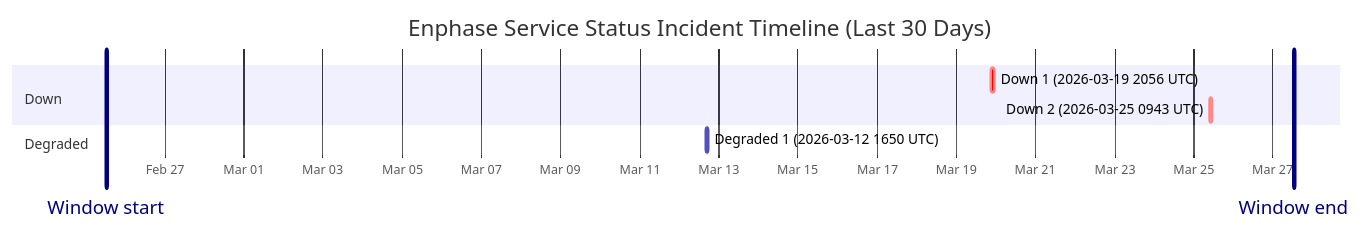
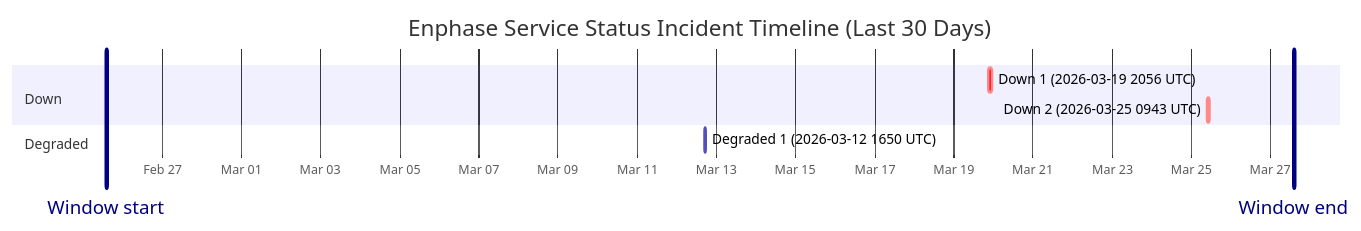
The diagram in wiki/Service-Status-History.md (barneyonline/ha-enphase-ev-charger), drawn with Mermaid before and after one commit. The commit also changed other lines of this file and 3 other files, not shown here.

````diff
--- a/wiki/Service-Status-History.md
+++ b/wiki/Service-Status-History.md
@@ -14,13 +14,13 @@
 ```mermaid
 gantt
     title Enphase Service Status Incident Timeline (Last 30 Days)
     dateFormat  YYYY-MM-DDTHH:mm:ss
     axisFormat  %b %d
-    Window start :vert, window-start, 2026-02-25T12:41:42, 0ms
-    Window end :vert, window-end, 2026-03-27T12:41:42, 0ms
+    Window start :vert, window-start, 2026-02-25T14:05:06, 0ms
+    Window end :vert, window-end, 2026-03-27T14:05:06, 0ms
     section Down
     Down 1 (2026-03-19 2056 UTC) :crit, down-1, 2026-03-19T20:56:20, 145m
     Down 2 (2026-03-25 0943 UTC) :crit, down-2, 2026-03-25T09:43:28, 111m
     section Degraded
     Degraded 1 (2026-03-12 1650 UTC) :active, degraded-1, 2026-03-12T16:50:43, 60m
 ```
````
